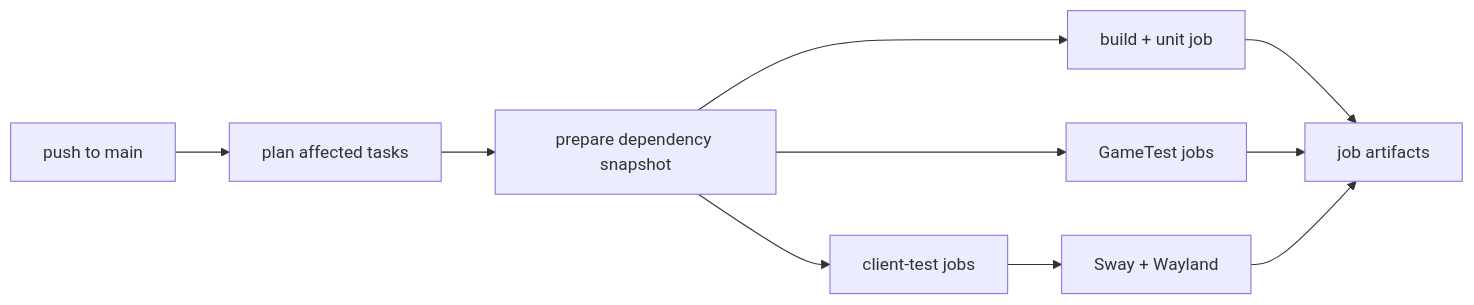
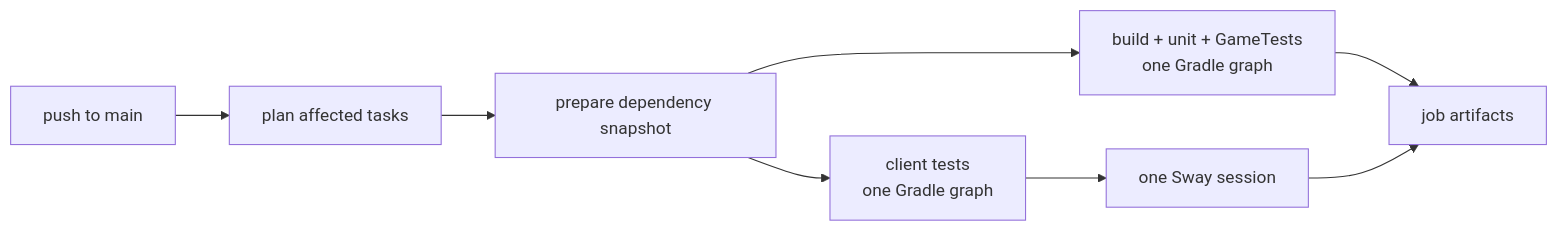
One commit to bertie-mc/bertie changed the second of 2 diagrams in docs/cicd.md. Above: the diagram before and after it, drawn with Mermaid. The commit also changed other lines of this file and 8 other files, not shown here.

Commit message:
refactor(ci): consolidate test jobs

````diff
--- a/docs/cicd.md
+++ b/docs/cicd.md
@@ -108,11 +108,10 @@
 ```mermaid
 flowchart LR
     E["push to main"] --> P["plan affected tasks"]
     P --> D["prepare dependency snapshot"]
-    D --> B["build + unit job"]
-    D --> G["GameTest jobs"]
-    D --> C["client-test jobs"]
-    B --> R["job artifacts"]
-    G --> R
-    C --> W["Sway + Wayland"] --> R
+    D --> N["build + unit + GameTests<br/>one Gradle graph"]
+    D --> C["client tests<br/>one Gradle graph"]
+    C --> W["one Sway session"]
+    N --> R["job artifacts"]
+    W --> R
 ```
````
